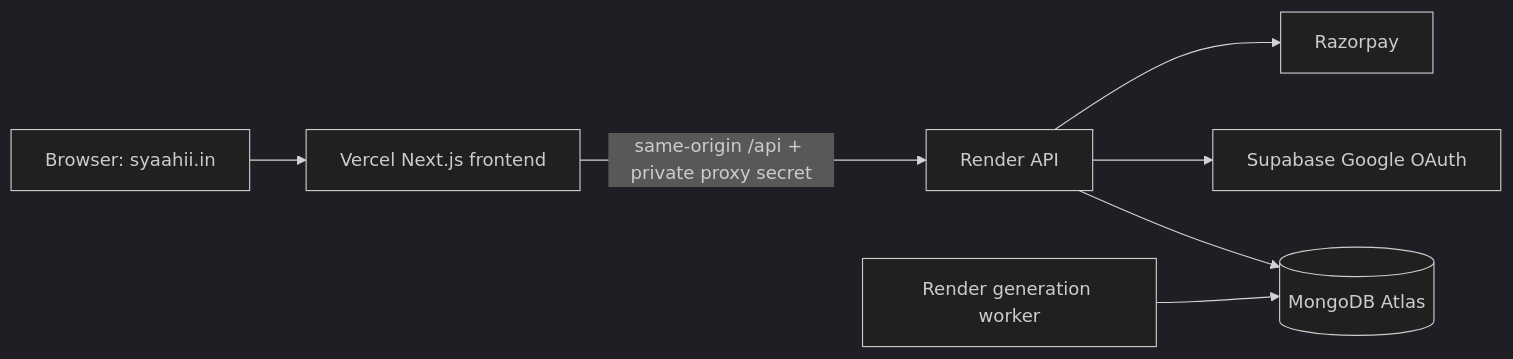
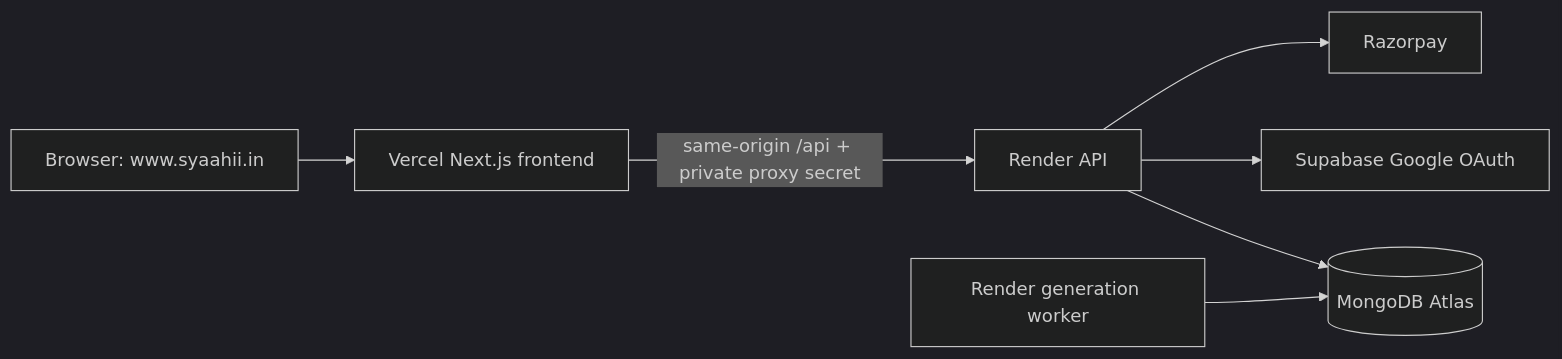
The diagram in docs/DOMAIN-LAUNCH.md (mrabhaygod12-alt/syaahi), drawn with Mermaid (dark theme) before and after one commit. The commit also changed other lines of this file and 6 other files, not shown here.

````diff
--- a/docs/DOMAIN-LAUNCH.md
+++ b/docs/DOMAIN-LAUNCH.md
@@ -5,9 +5,9 @@
 ```mermaid
 flowchart LR
-  U[Browser: syaahii.in] --> V[Vercel Next.js frontend]
+  U[Browser: www.syaahii.in] --> V[Vercel Next.js frontend]
   V -->|same-origin /api + private proxy secret| R[Render API]
   R --> M[(MongoDB Atlas)]
   W[Render generation worker] --> M
   R --> S[Supabase Google OAuth]
   R --> P[Razorpay]
 ```
````
